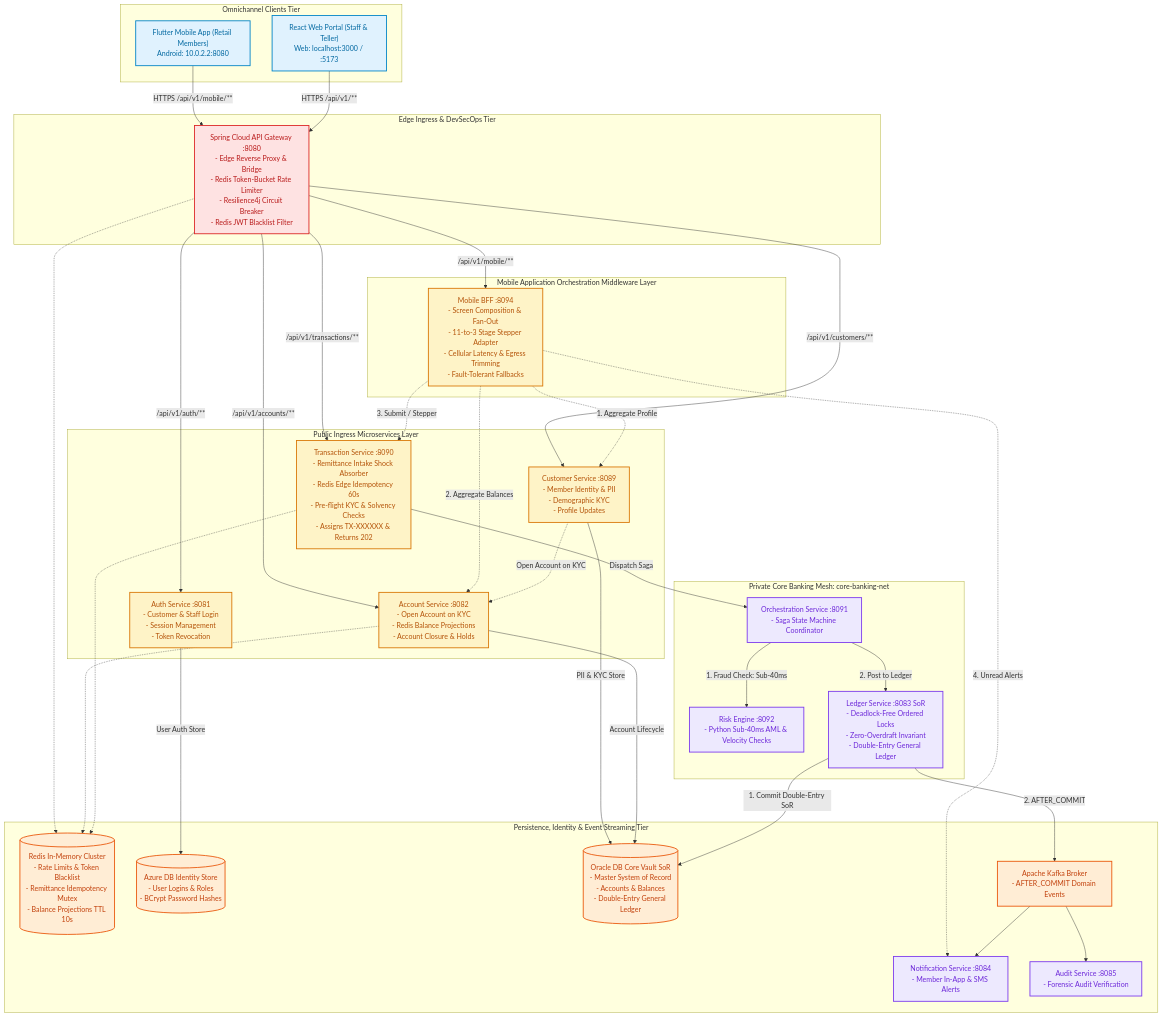
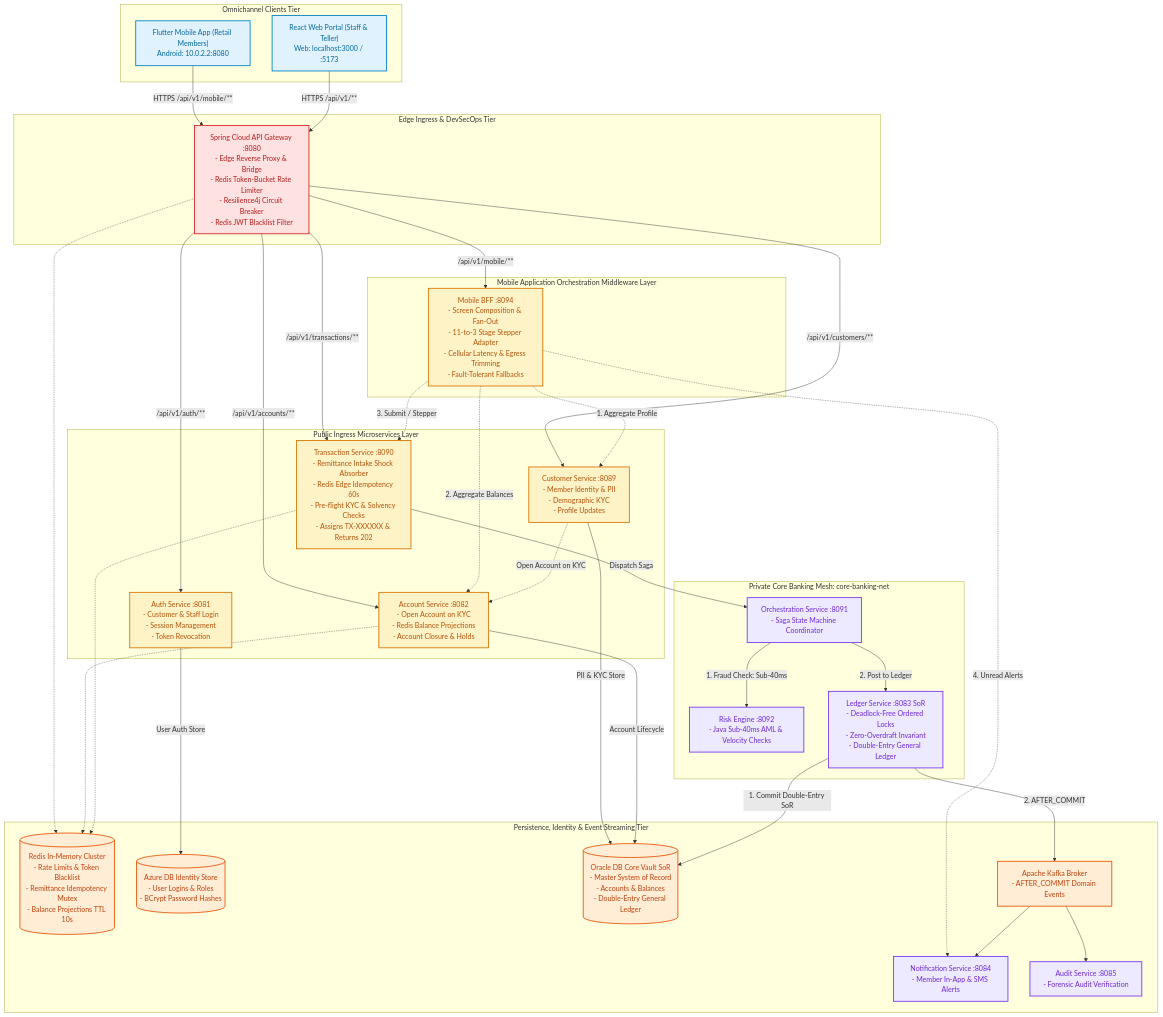
Before and after one commit to Sole248k/CooBS: the first of 2 diagrams in docs/CONTRACTS.md, drawn with Mermaid. The commit also changed 2 other files, not shown here.

````diff
--- a/docs/CONTRACTS.md
+++ b/docs/CONTRACTS.md
@@ -19,76 +19,76 @@
 ```mermaid
 flowchart TD
     classDef clientTier fill:#e0f2fe,stroke:#0284c7,stroke-width:2px,color:#0369a1
     classDef edgeTier fill:#fee2e2,stroke:#dc2626,stroke-width:2px,color:#b91c1c
     classDef ingressService fill:#fef3c7,stroke:#d97706,stroke-width:2px,color:#b45309
     classDef coreService fill:#ede9fe,stroke:#7c3aed,stroke-width:2px,color:#6d28d9
     classDef datastore fill:#ffedd5,stroke:#ea580c,stroke-width:2px,color:#c2410c
 
     subgraph CLIENT ["Omnichannel Clients Tier"]
         MobileApp["Flutter Mobile App (Retail Members)<br/>Android: 10.0.2.2:8080"]:::clientTier
         WebApp["React Web Portal (Staff & Teller)<br/>Web: localhost:3000 / :5173"]:::clientTier
     end
 
     subgraph EDGE ["Edge Ingress & DevSecOps Tier"]
         Gateway["Spring Cloud API Gateway :8080<br/>- Edge Reverse Proxy & Bridge<br/>- Redis Token-Bucket Rate Limiter<br/>- Resilience4j Circuit Breaker<br/>- Redis JWT Blacklist Filter"]:::edgeTier
     end
 
     subgraph BFF_TIER ["Mobile Application Orchestration Middleware Layer"]
         MobileBFF["Mobile BFF :8094<br/>- Screen Composition & Fan-Out<br/>- 11-to-3 Stage Stepper Adapter<br/>- Cellular Latency & Egress Trimming<br/>- Fault-Tolerant Fallbacks"]:::ingressService
     end
 
     subgraph PUBLIC_SERVICES ["Public Ingress Microservices Layer"]
         AuthSrv["Auth Service :8081<br/>- Customer & Staff Login<br/>- Session Management<br/>- Token Revocation"]:::ingressService
         CustomerSrv["Customer Service :8089<br/>- Member Identity & PII<br/>- Demographic KYC<br/>- Profile Updates"]:::ingressService
         AccountSrv["Account Service :8082<br/>- Open Account on KYC<br/>- Redis Balance Projections<br/>- Account Closure & Holds"]:::ingressService
         TxnSrv["Transaction Service :8090<br/>- Remittance Intake Shock Absorber<br/>- Redis Edge Idempotency 60s<br/>- Pre-flight KYC & Solvency Checks<br/>- Assigns TX-XXXXXX & Returns 202"]:::ingressService
     end
 
     subgraph PRIVATE_MESH ["Private Core Banking Mesh: core-banking-net"]
         Orchestrator["Orchestration Service :8091<br/>- Saga State Machine Coordinator"]:::coreService
-        RiskEngine["Risk Engine :8092<br/>- Python Sub-40ms AML & Velocity Checks"]:::coreService
+        RiskEngine["Risk Engine :8092<br/>- Java Sub-40ms AML & Velocity Checks"]:::coreService
         LedgerSrv["Ledger Service :8083 SoR<br/>- Deadlock-Free Ordered Locks<br/>- Zero-Overdraft Invariant<br/>- Double-Entry General Ledger"]:::coreService
     end
 
     subgraph STORAGE ["Persistence, Identity & Event Streaming Tier"]
         RedisCluster[("Redis In-Memory Cluster<br/>- Rate Limits & Token Blacklist<br/>- Remittance Idempotency Mutex<br/>- Balance Projections TTL 10s")]:::datastore
         AzureDB[("Azure DB Identity Store<br/>- User Logins & Roles<br/>- BCrypt Password Hashes")]:::datastore
         OracleDB[("Oracle DB Core Vault SoR<br/>- Master System of Record<br/>- Accounts & Balances<br/>- Double-Entry General Ledger")]:::datastore
         KafkaBroker["Apache Kafka Broker<br/>- AFTER_COMMIT Domain Events"]:::datastore
         NotificationSrv["Notification Service :8084<br/>- Member In-App & SMS Alerts"]:::coreService
         AuditSrv["Audit Service :8085<br/>- Forensic Audit Verification"]:::coreService
     end
 
     MobileApp -->|"HTTPS /api/v1/mobile/**"| Gateway
     WebApp -->|"HTTPS /api/v1/**"| Gateway
 
     Gateway -.-> RedisCluster
     Gateway -->|"/api/v1/auth/**"| AuthSrv
     Gateway -->|"/api/v1/mobile/**"| MobileBFF
     Gateway -->|"/api/v1/customers/**"| CustomerSrv
     Gateway -->|"/api/v1/accounts/**"| AccountSrv
     Gateway -->|"/api/v1/transactions/**"| TxnSrv
 
     MobileBFF -.->|"1. Aggregate Profile"| CustomerSrv
     MobileBFF -.->|"2. Aggregate Balances"| AccountSrv
     MobileBFF -.->|"3. Submit / Stepper"| TxnSrv
     MobileBFF -.->|"4. Unread Alerts"| NotificationSrv
 
     AuthSrv -->|"User Auth Store"| AzureDB
     CustomerSrv -->|"PII & KYC Store"| OracleDB
     CustomerSrv -.->|"Open Account on KYC"| AccountSrv
 
     AccountSrv -.-> RedisCluster
     AccountSrv -->|"Account Lifecycle"| OracleDB
     TxnSrv -.-> RedisCluster
 
     TxnSrv -->|"Dispatch Saga"| Orchestrator
     Orchestrator -->|"1. Fraud Check: Sub-40ms"| RiskEngine
     Orchestrator -->|"2. Post to Ledger"| LedgerSrv
 
     LedgerSrv -->|"1. Commit Double-Entry SoR"| OracleDB
     LedgerSrv -->|"2. AFTER_COMMIT"| KafkaBroker
 
     KafkaBroker --> NotificationSrv
     KafkaBroker --> AuditSrv
 ```
````
